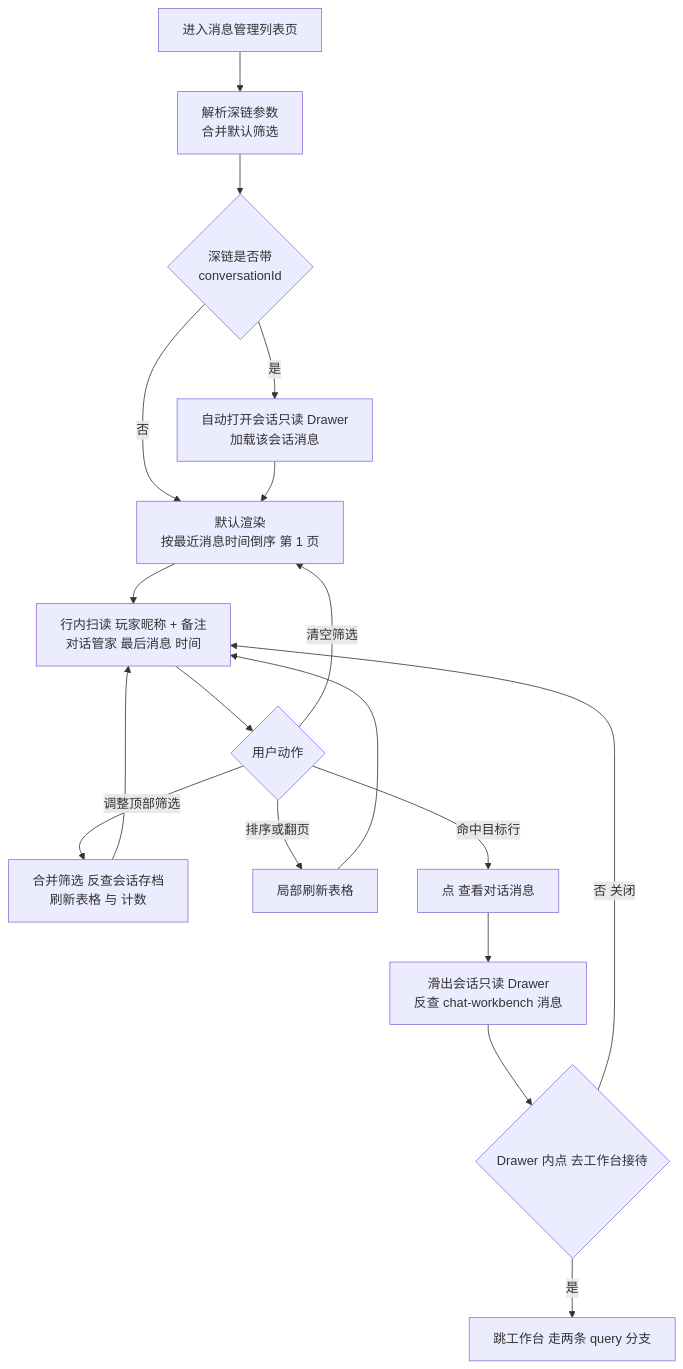
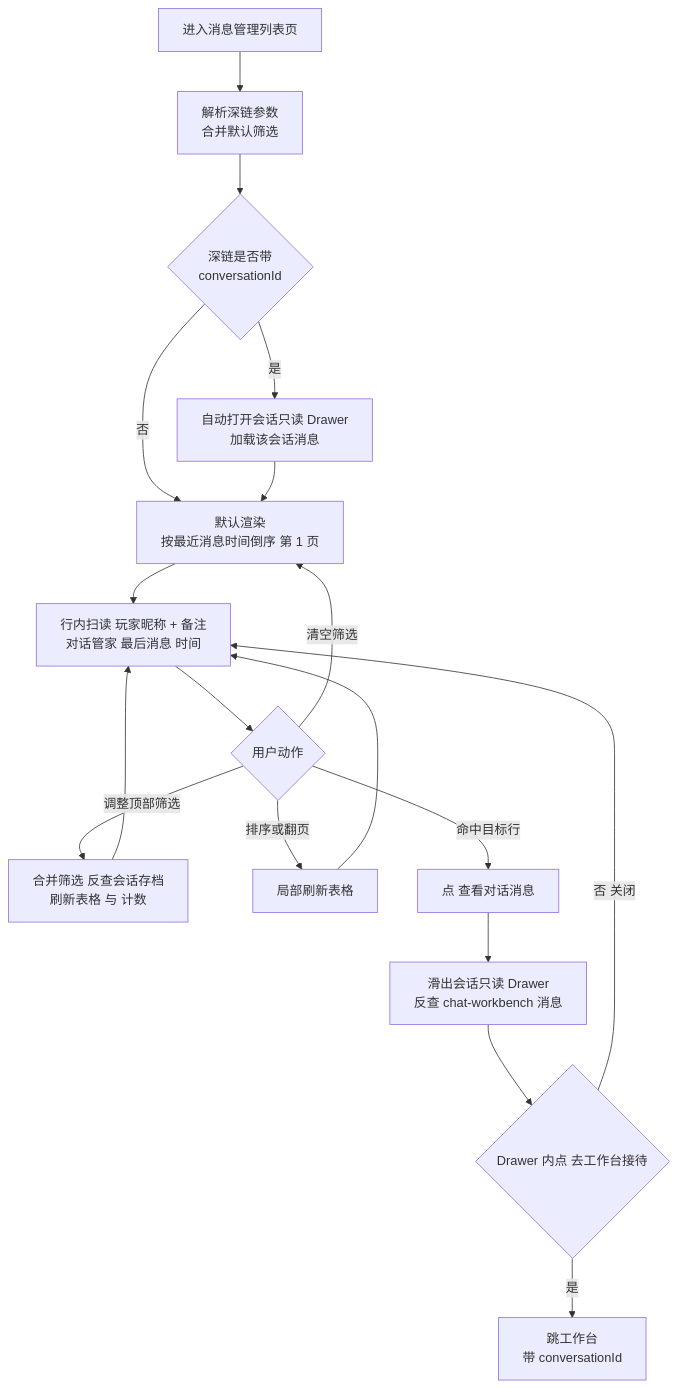
Before and after one commit to yan-pang/VIP: the sixth of 8 diagrams in project/domains/player-center/design.md, drawn with Mermaid. The commit also changed other lines of this file and 79 other files, not shown here.

````diff
--- a/project/domains/player-center/design.md
+++ b/project/domains/player-center/design.md
@@ -930,20 +925,20 @@
 ```mermaid
 graph TD
     A[进入消息管理列表页] --> B[解析深链参数<br/>合并默认筛选]
     B --> B1{深链是否带<br/>conversationId}
     B1 -- 是 --> B2[自动打开会话只读 Drawer<br/>加载该会话消息]
     B1 -- 否 --> C[默认渲染<br/>按最近消息时间倒序 第 1 页]
     B2 --> C
     C --> D[行内扫读 玩家昵称 + 备注<br/>对话管家 最后消息 时间]
     D --> E{用户动作}
     E -- 调整顶部筛选 --> F[合并筛选 反查会话存档<br/>刷新表格 与 计数]
     F --> D
     E -- 排序或翻页 --> G[局部刷新表格]
     G --> D
     E -- 清空筛选 --> C
     E -- 命中目标行 --> H[点 查看对话消息]
     H --> I[滑出会话只读 Drawer<br/>反查 chat-workbench 消息]
     I --> J{Drawer 内点 去工作台接待}
-    J -- 是 --> J1[跳工作台 走两条 query 分支]
+    J -- 是 --> J1[跳工作台<br/>带 conversationId]
     J -- 否 关闭 --> D
 ```
````
